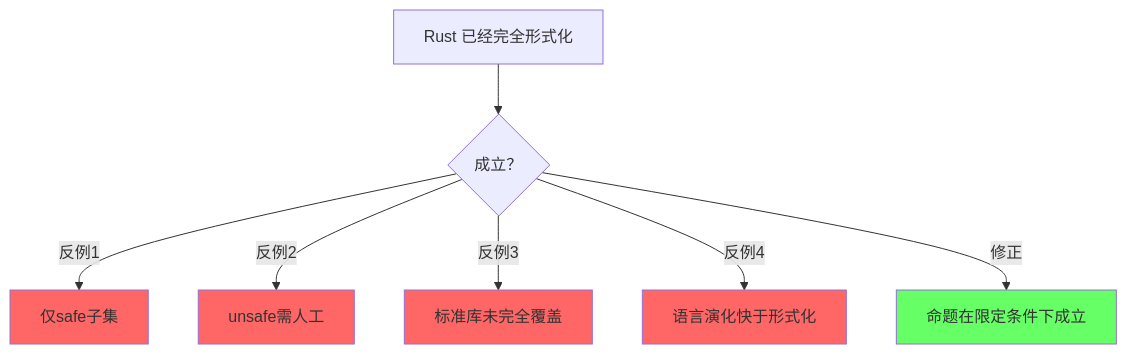
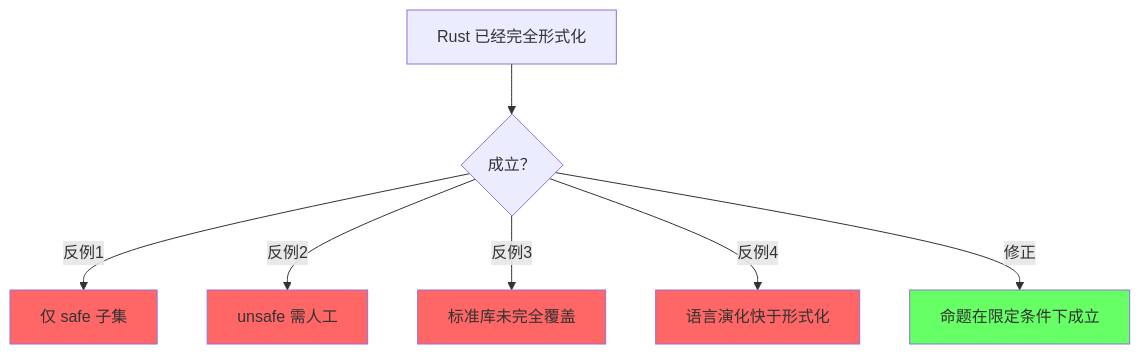
The sixth of 7 diagrams in concept/07_future/02_formal_methods.md (martin-ly/rust-lang), drawn with Mermaid before and after one commit. The commit also changed other lines of this file and 16 other files, not shown here.

````diff
--- a/concept/07_future/02_formal_methods.md
+++ b/concept/07_future/02_formal_methods.md
@@ -497,27 +664,14 @@
 ```mermaid
-
 graph TD
-
     P2["Rust 已经完全形式化"] --> Q{成立？}
-
-    Q -->|反例1| C2_0["仅safe子集"]
-
+    Q -->|反例1| C2_0["仅 safe 子集"]
     style C2_0 fill:#f66
-
-    Q -->|反例2| C2_1["unsafe需人工"]
-
+    Q -->|反例2| C2_1["unsafe 需人工"]
     style C2_1 fill:#f66
-
     Q -->|反例3| C2_2["标准库未完全覆盖"]
-
     style C2_2 fill:#f66
-
     Q -->|反例4| C2_3["语言演化快于形式化"]
-
     style C2_3 fill:#f66
-
     Q -->|修正| T2["命题在限定条件下成立"]
-
     style T2 fill:#6f6
-
 ```
````
